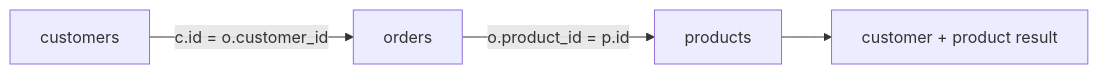
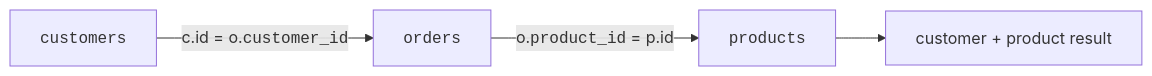
One commit to dataslope/dataslope changed the fourth of 4 diagrams in content/learn/sqlite-for-beginners/inner-joins.mdx. Above: the diagram before and after it, drawn with Mermaid. The commit also changed 46 other files, not shown here.

First line of the commit message:
Wrap code in mermaid edge labels + entity/table names in DB diagrams

````diff
--- a/content/learn/sqlite-for-beginners/inner-joins.mdx
+++ b/content/learn/sqlite-for-beginners/inner-joins.mdx
@@ -190,6 +190,6 @@
 ```mermaid
 flowchart LR
-    C["customers"] -->|"c.id = o.customer_id"| O["orders"]
-    O -->|"o.product_id = p.id"| P["products"]
+    C["<code>customers</code>"] -->|"c.id = o.<code>customer_id</code>"| O["<code>orders</code>"]
+    O -->|"o.<code>product_id</code> = p.id"| P["<code>products</code>"]
     P --> R["customer + product result"]
 ```
````
